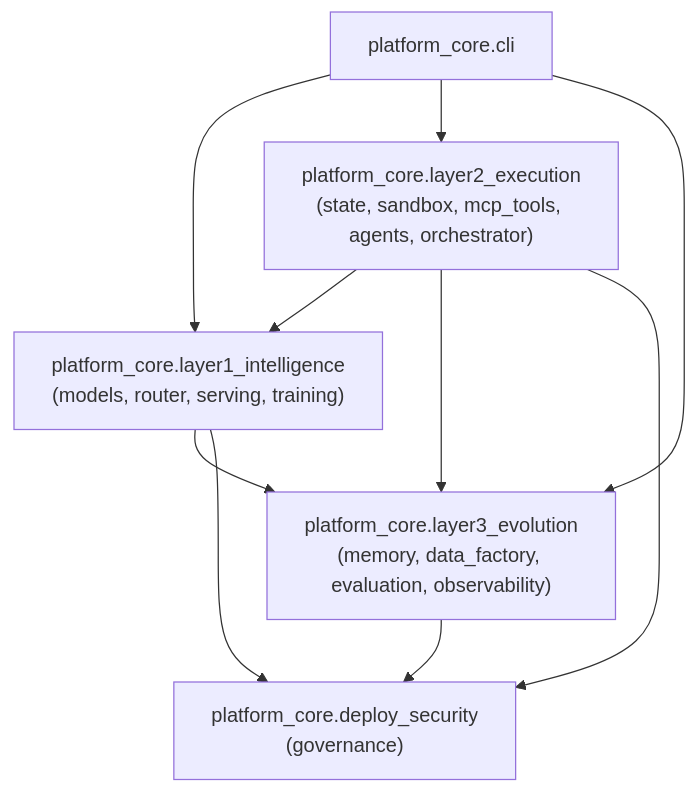
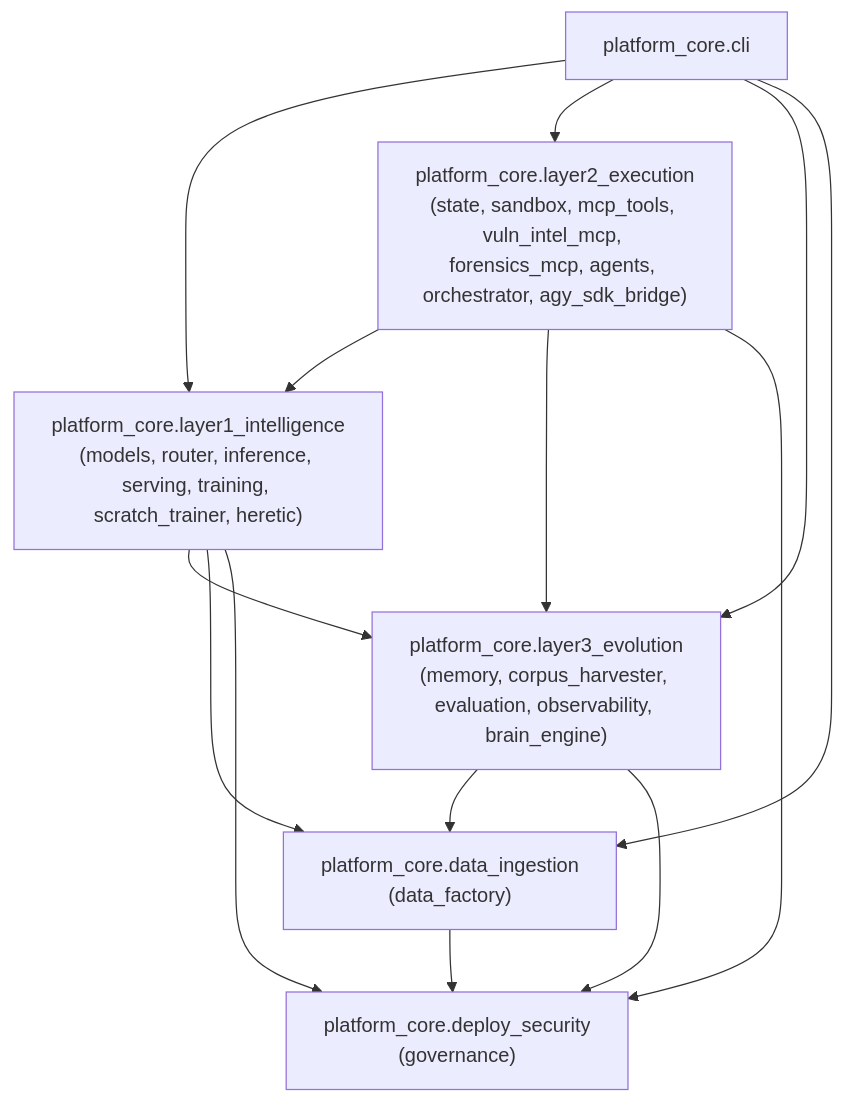
Before and after one commit to gballa/ai-model-platform: the first of 3 diagrams in docs/architecture/component-architecture.md, drawn with Mermaid. The commit also changed other lines of this file and 40 other files, not shown here.

Commit message:
docs: update architecture documentation, agent topology, and symbol indexes

````diff
--- a/docs/architecture/component-architecture.md
+++ b/docs/architecture/component-architecture.md
@@ -21,18 +21,23 @@
 ```mermaid
 flowchart TB
     CLI["platform_core.cli"]
-    L1["platform_core.layer1_intelligence\n(models, router, serving, training)"]
-    L2["platform_core.layer2_execution\n(state, sandbox, mcp_tools, agents, orchestrator)"]
-    L3["platform_core.layer3_evolution\n(memory, data_factory, evaluation, observability)"]
+    L1["platform_core.layer1_intelligence\n(models, router, inference, serving, training, scratch_trainer, heretic)"]
+    L2["platform_core.layer2_execution\n(state, sandbox, mcp_tools, vuln_intel_mcp, forensics_mcp, agents, orchestrator, agy_sdk_bridge)"]
+    L3["platform_core.layer3_evolution\n(memory, corpus_harvester, evaluation, observability, brain_engine)"]
+    DI["platform_core.data_ingestion\n(data_factory)"]
     SEC["platform_core.deploy_security\n(governance)"]
 
     CLI --> L1
     CLI --> L2
     CLI --> L3
+    CLI --> DI
     L2 --> L1
     L2 --> L3
     L2 --> SEC
     L1 --> L3
+    L1 --> DI
     L1 --> SEC
+    L3 --> DI
     L3 --> SEC
+    DI --> SEC
 ```
````
